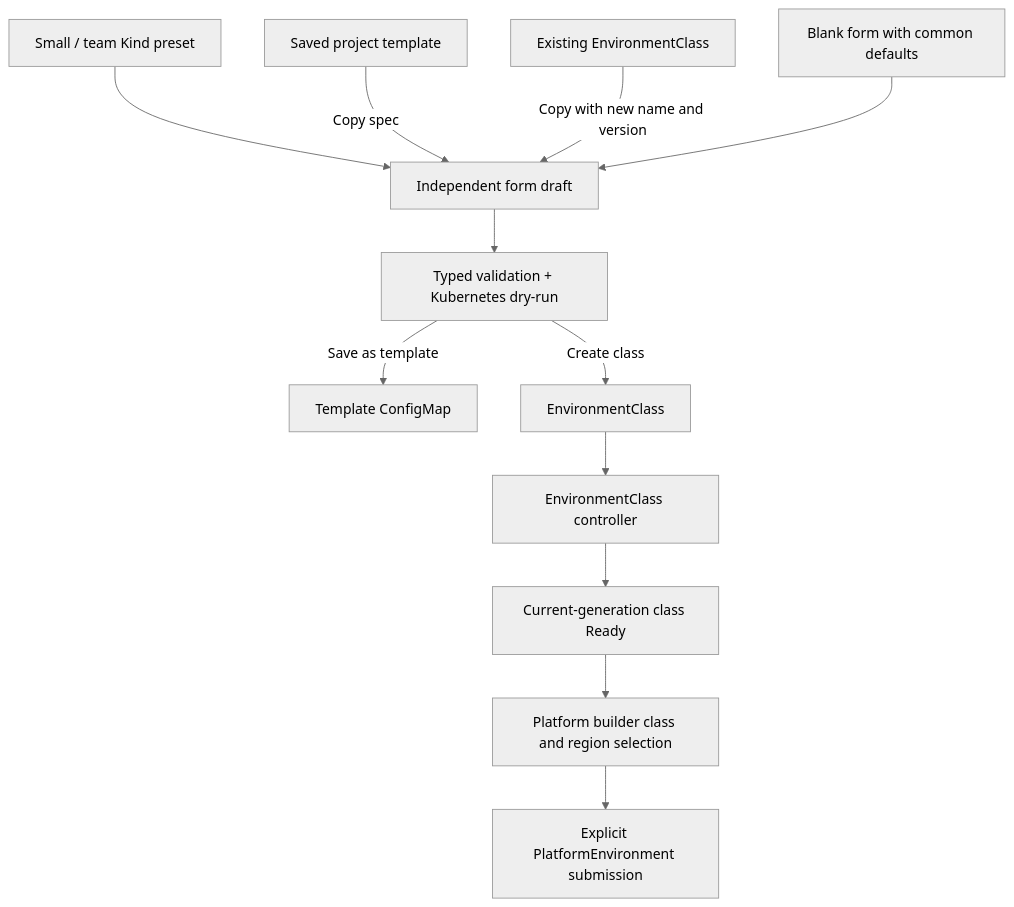
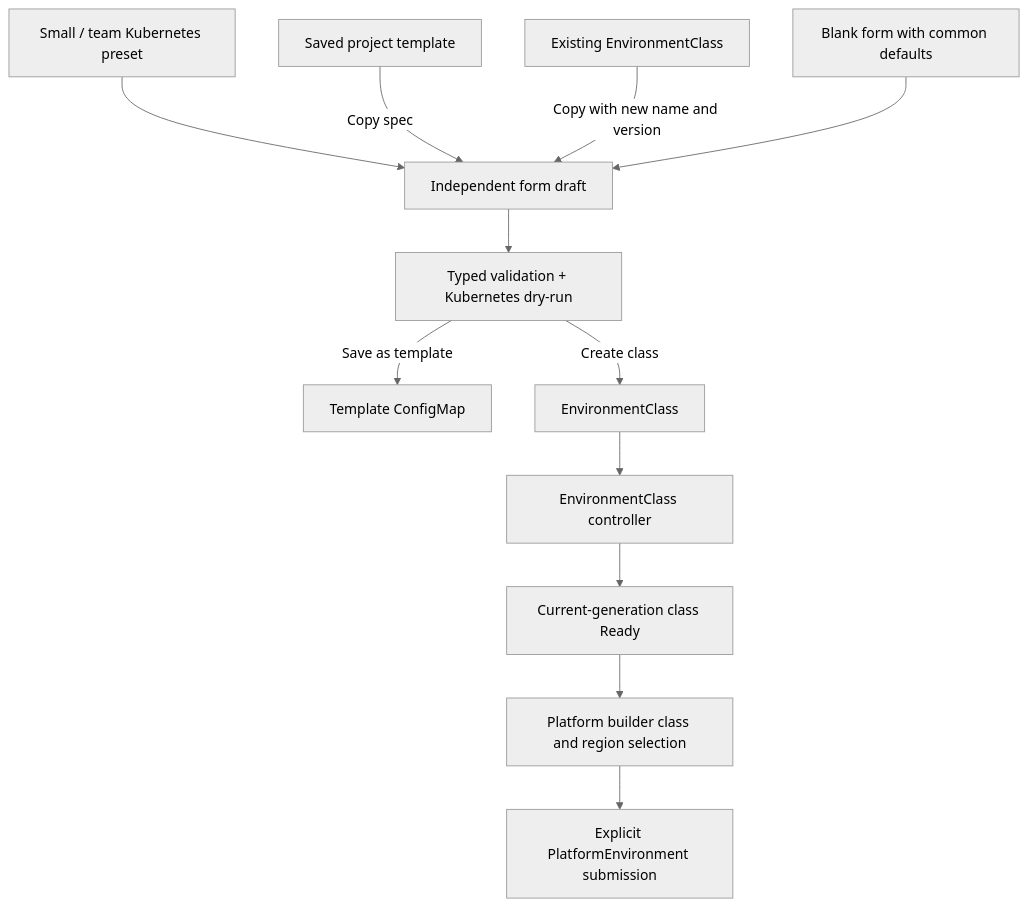
Before and after one commit to miku-wwl/kube-platform-control-plane: the diagram in docs/architecture.md, drawn with Mermaid (neutral theme). The commit also changed other lines of this file and 29 other files, not shown here.

````diff
--- a/docs/architecture.md
+++ b/docs/architecture.md
@@ -10,14 +10,14 @@
 ```mermaid
 flowchart TD
-    Preset[Small / team Kind preset] --> Draft[Independent form draft]
+    Preset[Small / team Kubernetes preset] --> Draft[Independent form draft]
     Template[Saved project template] -->|Copy spec| Draft
     Existing[Existing EnvironmentClass] -->|Copy with new name and version| Draft
     Blank[Blank form with common defaults] --> Draft
     Draft --> Validate[Typed validation + Kubernetes dry-run]
     Validate -->|Save as template| CM[Template ConfigMap]
     Validate -->|Create class| Class[EnvironmentClass]
     Class --> ClassController[EnvironmentClass controller]
     ClassController --> Ready[Current-generation class Ready]
     Ready --> Builder[Platform builder class and region selection]
     Builder --> PE[Explicit PlatformEnvironment submission]
 ```
````
